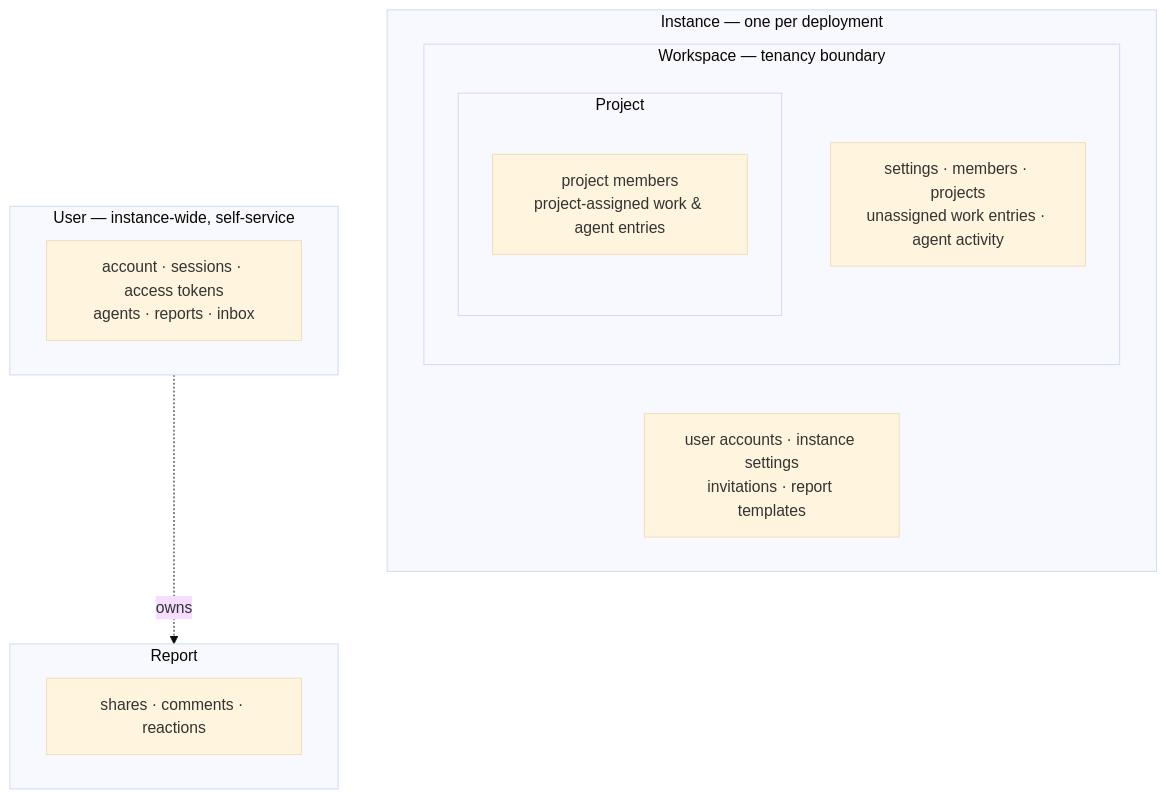
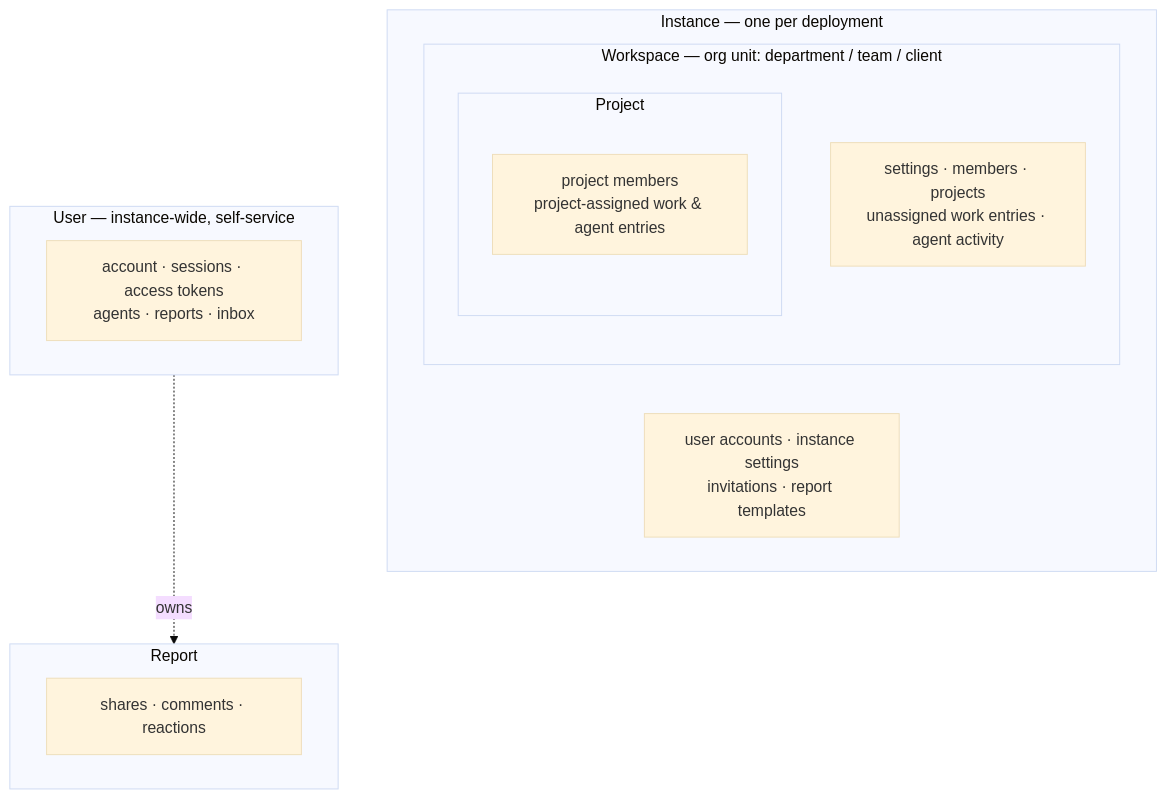
One commit to spantail/spantail changed the first of 9 diagrams in docs/data-model.md. Above: the diagram before and after it, drawn with Mermaid (base theme). The commit also changed other lines of this file and 1 other file, not shown here.

First line of the commit message:
docs: data-model source links + workspace wording, and a CLAUDE.md docs-sync rule (#85)

````diff
--- a/docs/data-model.md
+++ b/docs/data-model.md
@@ -27,22 +27,22 @@
 ```mermaid
 flowchart TB
     subgraph INSTANCE["Instance — one per deployment"]
         instNote["user accounts · instance settings<br/>invitations · report templates"]
-        subgraph WORKSPACE["Workspace — tenancy boundary"]
+        subgraph WORKSPACE["Workspace — org unit: department / team / client"]
             wsNote["settings · members · projects<br/>unassigned work entries · agent activity"]
             subgraph PROJECT["Project"]
                 projNote["project members<br/>project-assigned work & agent entries"]
             end
         end
     end
 
     subgraph USER["User — instance-wide, self-service"]
         userNote["account · sessions · access tokens<br/>agents · reports · inbox"]
     end
 
     subgraph REPORT["Report"]
         repNote["shares · comments · reactions"]
     end
 
     USER -. "owns" .-> REPORT
 ```
````
